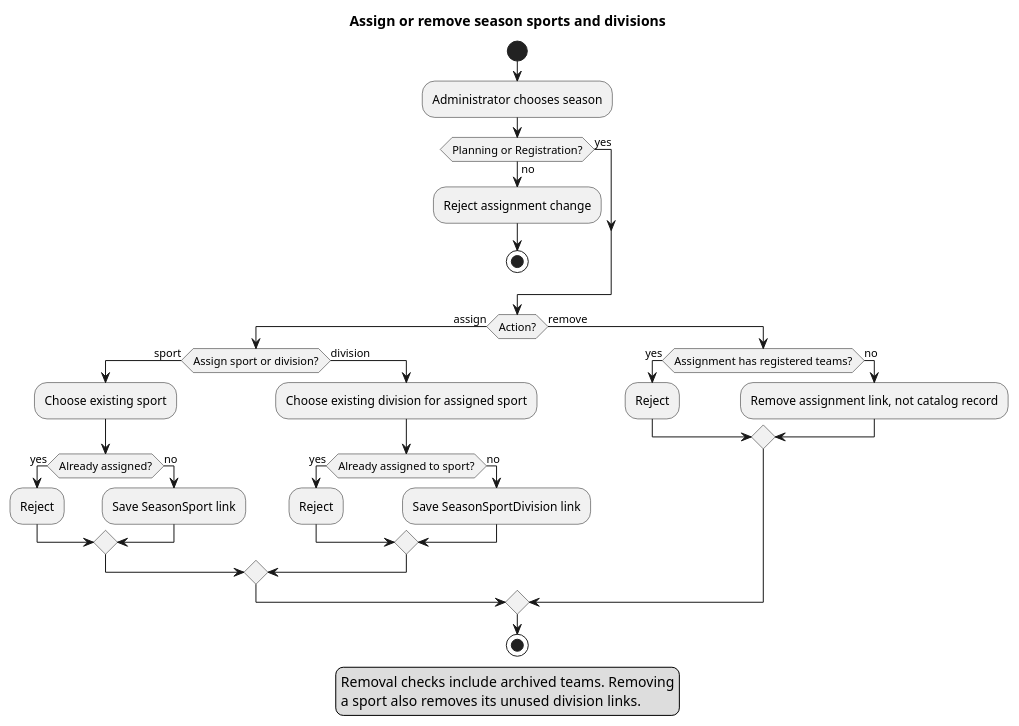
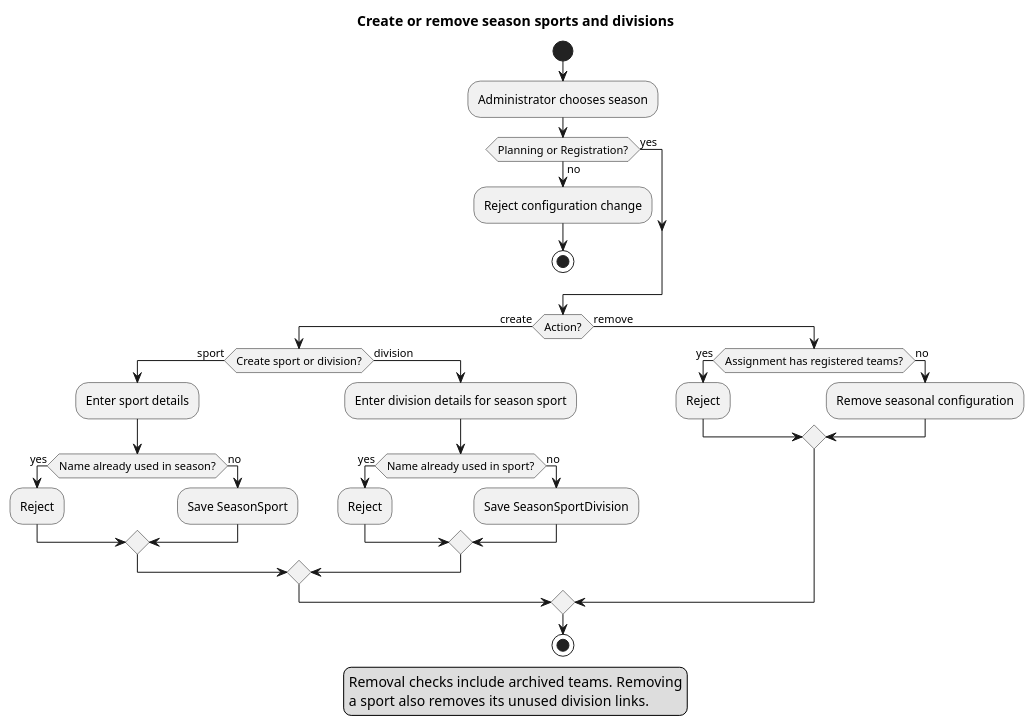
Before and after one commit to inamonanymous/BarangayLeagueSystem: the diagram in docs/diagrams/flowcharts/08-season-assignments.puml, drawn with PlantUML. The commit also changed 108 other files, not shown here.

```diff
--- a/docs/diagrams/flowcharts/08-season-assignments.puml
+++ b/docs/diagrams/flowcharts/08-season-assignments.puml
@@ -1,39 +1,39 @@
 @startuml
-title Assign or remove season sports and divisions
+title Create or remove season sports and divisions
 skinparam shadowing false
 start
 :Administrator chooses season;
 if (Planning or Registration?) then (yes)
 else (no)
-  :Reject assignment change;
+  :Reject configuration change;
   stop
 endif
-if (Action?) then (assign)
-  if (Assign sport or division?) then (sport)
-    :Choose existing sport;
-    if (Already assigned?) then (yes)
+if (Action?) then (create)
+  if (Create sport or division?) then (sport)
+    :Enter sport details;
+    if (Name already used in season?) then (yes)
       :Reject;
     else (no)
-      :Save SeasonSport link;
+      :Save SeasonSport;
     endif
   else (division)
-    :Choose existing division for assigned sport;
-    if (Already assigned to sport?) then (yes)
+    :Enter division details for season sport;
+    if (Name already used in sport?) then (yes)
       :Reject;
     else (no)
-      :Save SeasonSportDivision link;
+      :Save SeasonSportDivision;
     endif
   endif
 else (remove)
   if (Assignment has registered teams?) then (yes)
     :Reject;
   else (no)
-    :Remove assignment link, not catalog record;
+    :Remove seasonal configuration;
   endif
 endif
 stop
 legend bottom
   Removal checks include archived teams. Removing
   a sport also removes its unused division links.
 endlegend
 @enduml
```
